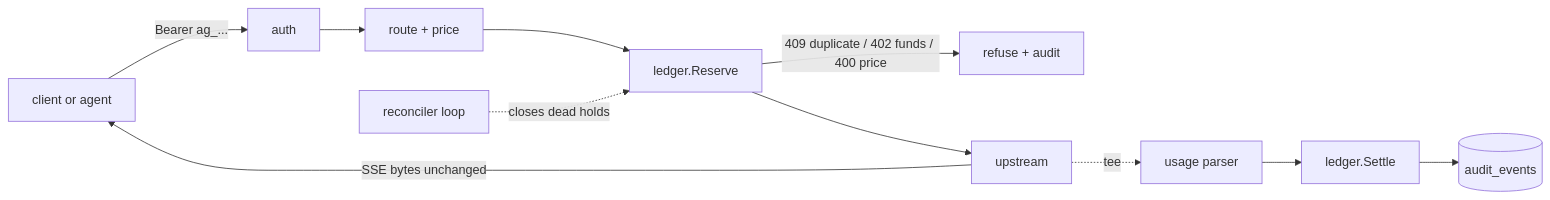
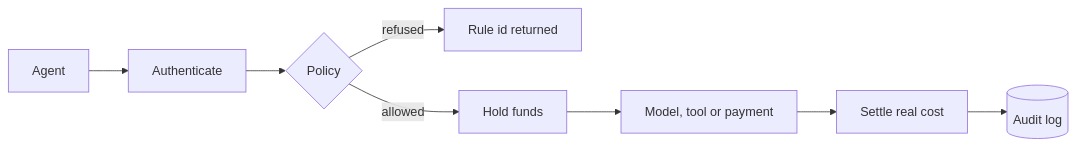
Before and after one commit to ws4charlie/agent-gate: the diagram in README.md, drawn with Mermaid. The commit also changed other lines of this file and 7 other files, not shown here.

````diff
--- a/README.md
+++ b/README.md
@@ -120,13 +14,10 @@
 ```mermaid
 flowchart LR
-    C[client or agent] -->|Bearer ag_...| A[auth]
-    A --> R[route + price]
-    R --> H[ledger.Reserve]
-    H -->|409 duplicate / 402 funds / 400 price| X[refuse + audit]
-    H --> U[upstream]
-    U -->|SSE bytes unchanged| C
-    U -.tee.-> P[usage parser]
-    P --> S[ledger.Settle]
-    S --> L[(audit_events)]
-    Z[reconciler loop] -.closes dead holds.-> H
+    A[Agent] --> G[Authenticate]
+    G --> P{Policy}
+    P -->|refused| X[Rule id returned]
+    P -->|allowed| H[Hold funds]
+    H --> U[Model, tool or payment]
+    U --> S[Settle real cost]
+    S --> L[(Audit log)]
 ```
````
